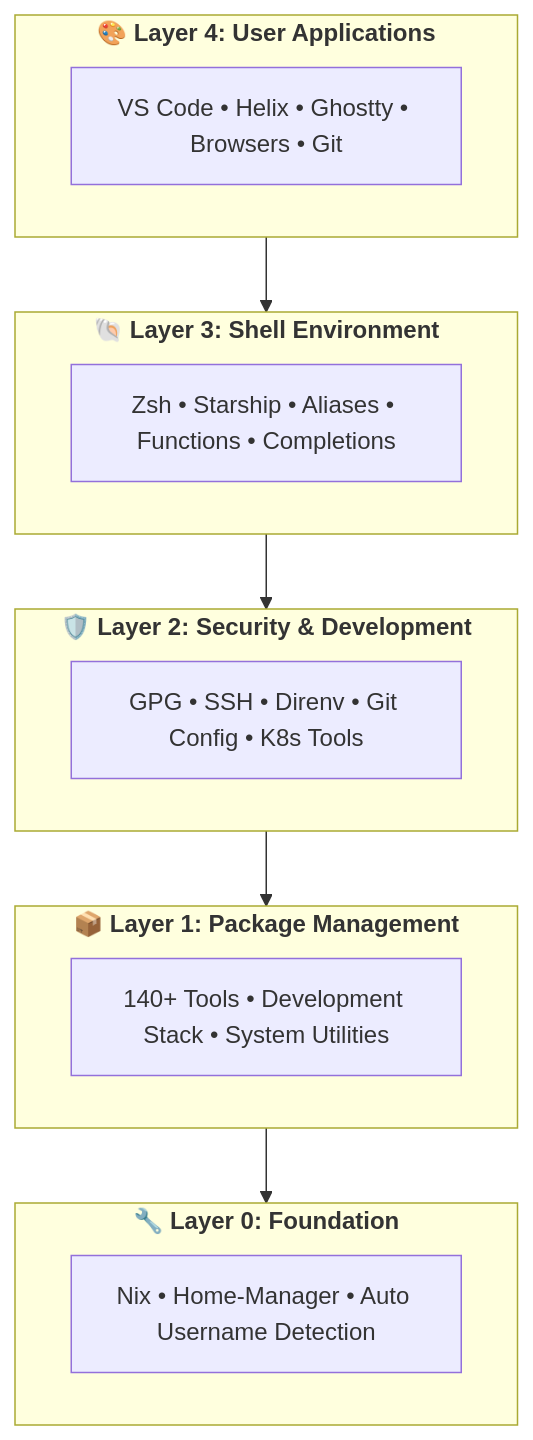
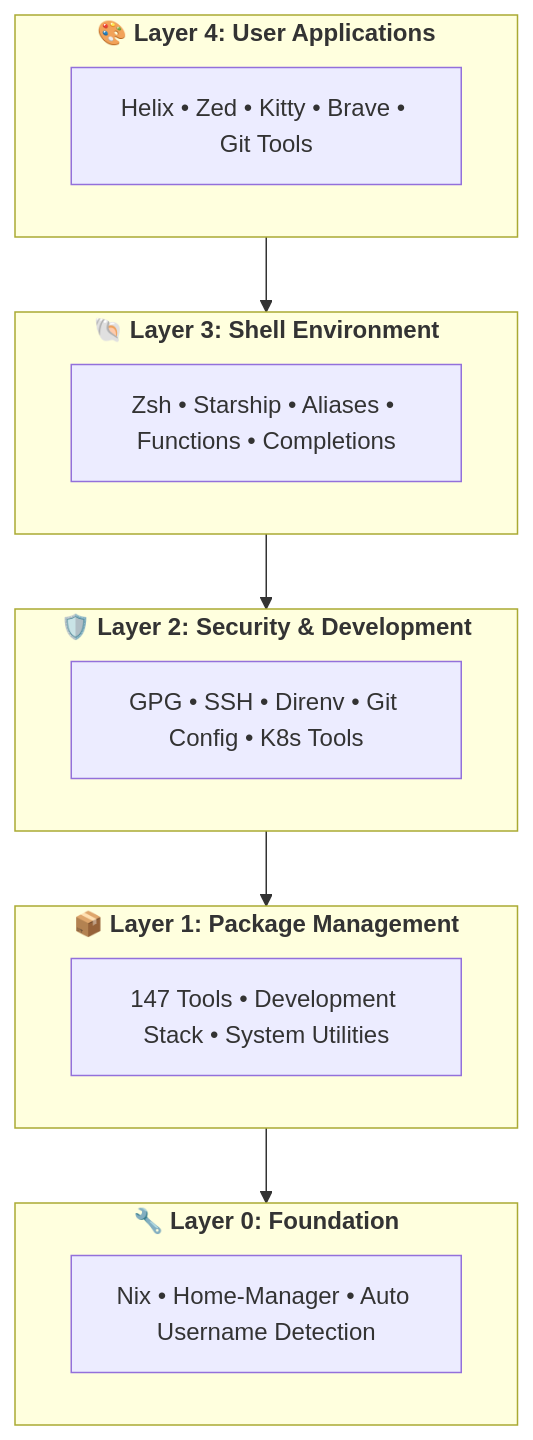
Before and after one commit to pampatzoglou/home-manager: the fourth of 8 diagrams in docs/ARCHITECTURE.md, drawn with Mermaid. The commit also changed other lines of this file and 1 other file, not shown here.

````diff
--- a/docs/ARCHITECTURE.md
+++ b/docs/ARCHITECTURE.md
@@ -206,27 +213,27 @@
 ```mermaid
 graph TB
     subgraph L4["`🎨 **Layer 4: User Applications**`"]
-        apps["`VS Code • Helix • Ghostty • Browsers • Git`"]
+        apps["`Helix • Zed • Kitty • Brave • Git Tools`"]
     end
 
     subgraph L3["`🐚 **Layer 3: Shell Environment**`"]
         shell["`Zsh • Starship • Aliases • Functions • Completions`"]
     end
 
     subgraph L2["`🛡️ **Layer 2: Security & Development**`"]
         security["`GPG • SSH • Direnv • Git Config • K8s Tools`"]
     end
 
     subgraph L1["`📦 **Layer 1: Package Management**`"]
-        packages["`140+ Tools • Development Stack • System Utilities`"]
+        packages["`147 Tools • Development Stack • System Utilities`"]
     end
 
     subgraph L0["`🔧 **Layer 0: Foundation**`"]
         foundation["`Nix • Home-Manager • Auto Username Detection`"]
     end
 
     L4 --> L3
     L3 --> L2
     L2 --> L1
     L1 --> L0
 ```
````
